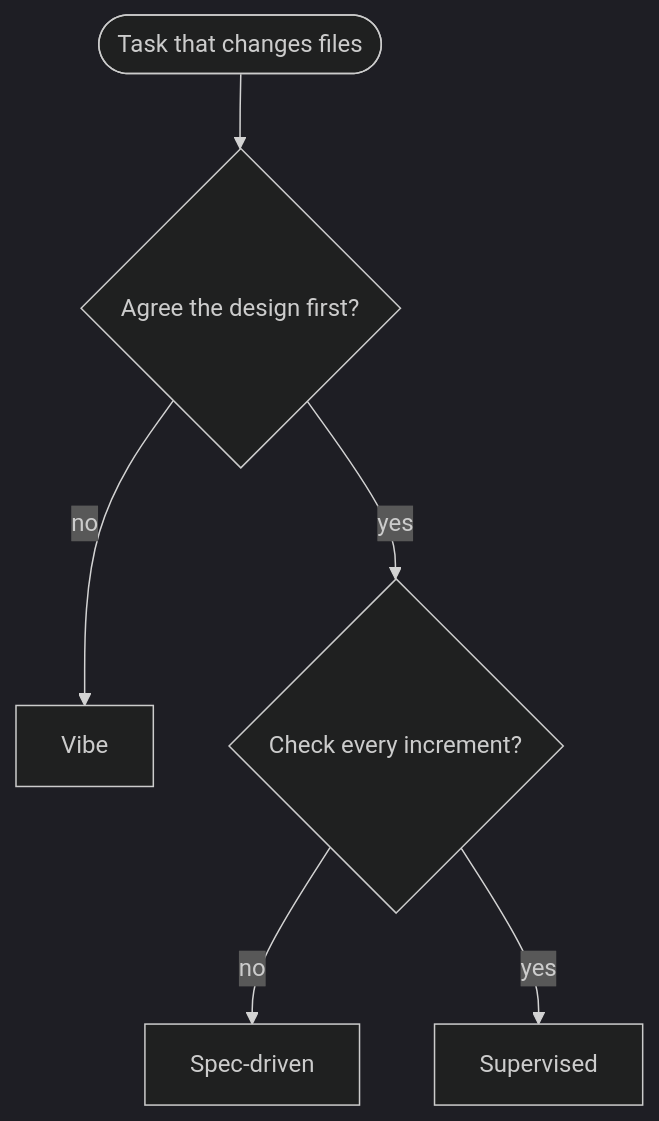
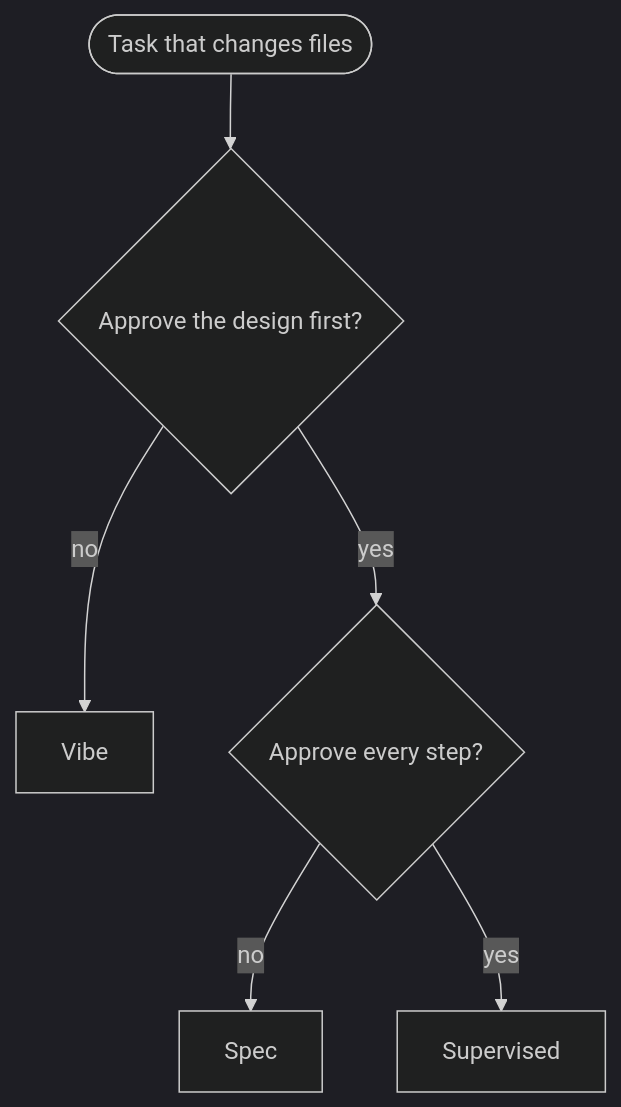
One commit to an-dr/agents changed the second of 5 diagrams in README.md. Above: the diagram before and after it, drawn with Mermaid (dark theme). The commit also changed other lines of this file and 71 other files, not shown here.

First line of the commit message:
feat(workflow)!: run every flow on one common path with named approvals

````diff
--- a/README.md
+++ b/README.md
@@ -95,8 +85,8 @@
 ```mermaid
 flowchart TD
-  S([Task that changes files]) --> A{Agree the design first?}
-  A -- no --> V[Vibe]
-  A -- yes --> C{Check every increment?}
-  C -- no --> SD[Spec-driven]
-  C -- yes --> SU[Supervised]
+    S([Task that changes files]) --> A{Approve the design first?}
+    A -- no --> V[Vibe]
+    A -- yes --> C{Approve every step?}
+    C -- no --> SD[Spec]
+    C -- yes --> SU[Supervised]
 ```
````
